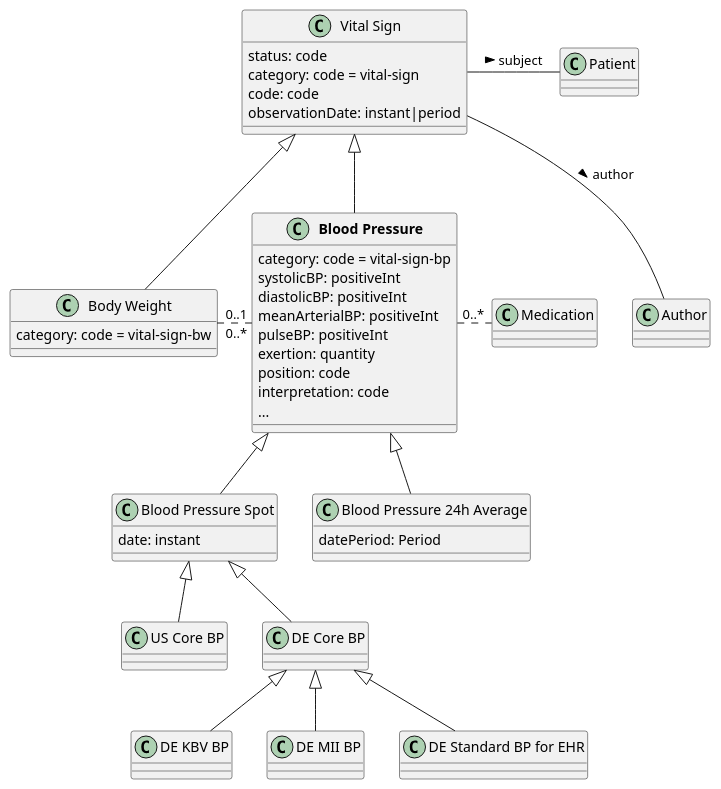
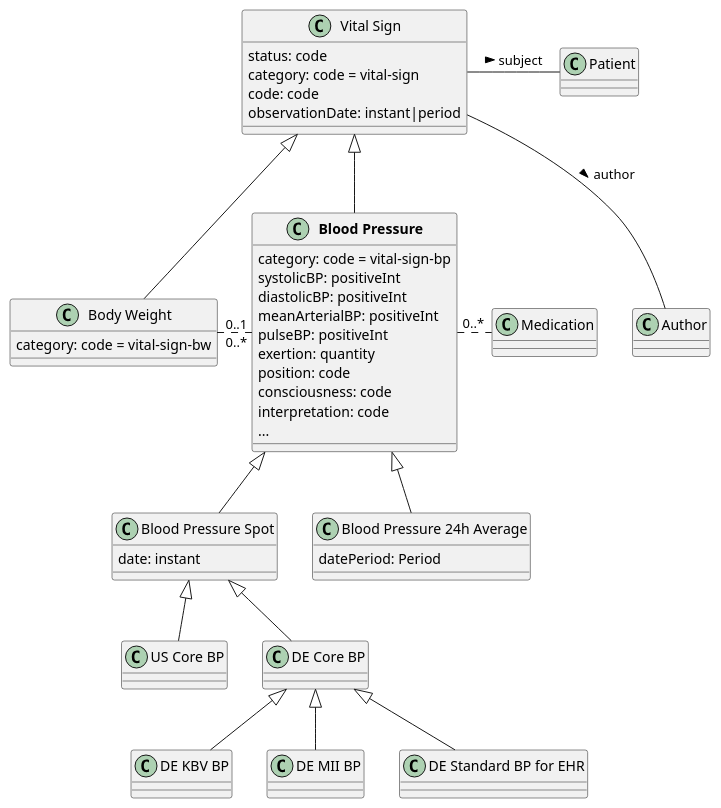
Before and after one commit to frankoemig/vital-signs-demo: the diagram in input/images-source/bloodpressure_hierarchy.plantuml, drawn with PlantUML. The commit also changed 8 other files, not shown here.

```diff
--- a/input/images-source/bloodpressure_hierarchy.plantuml
+++ b/input/images-source/bloodpressure_hierarchy.plantuml
@@ -1,64 +1,65 @@
 @startuml
 
 class "Vital Sign" as vs {
     status: code
     category: code = vital-sign
     code: code
     observationDate: instant|period
 }
 
 class "**Blood Pressure**" as bp {
     category: code = vital-sign-bp
     systolicBP: positiveInt
     diastolicBP: positiveInt
     meanArterialBP: positiveInt
     pulseBP: positiveInt
     exertion: quantity
     position: code
+    consciousness: code
     interpretation: code
     ...
 }
 
 class "Body Weight" as bw {
     category: code = vital-sign-bw
 }
 
 class "Medication" as medic 
 
 class "Blood Pressure Spot" as bps {
     date: instant
 }
 
 class "Blood Pressure 24h Average" as bpa {
     datePeriod: Period
 }
 
 class "Patient" as pat
 class "Author" as aut
 
 class "US Core BP" as usbp 
 class "DE Core BP" as debp
 vs <|-- bp
 vs <|-- bw
 
 vs -right- pat : subject >
 vs -- aut : author >
 
 bp <|-- bps
 bp <|-- bpa
 
 bps <|-- usbp
 bps <|-- debp
 
 bp "0..*" ..left. "0..1" bw
 bp .right.. "0..*" medic
 
 class "DE KBV BP" as dekbvbp
 class "DE MII BP" as demiibp
 class "DE Standard BP for EHR" as deehrbp
 
 debp <|-- dekbvbp
 debp <|-- demiibp
 debp <|-- deehrbp
 
 @enduml
```
